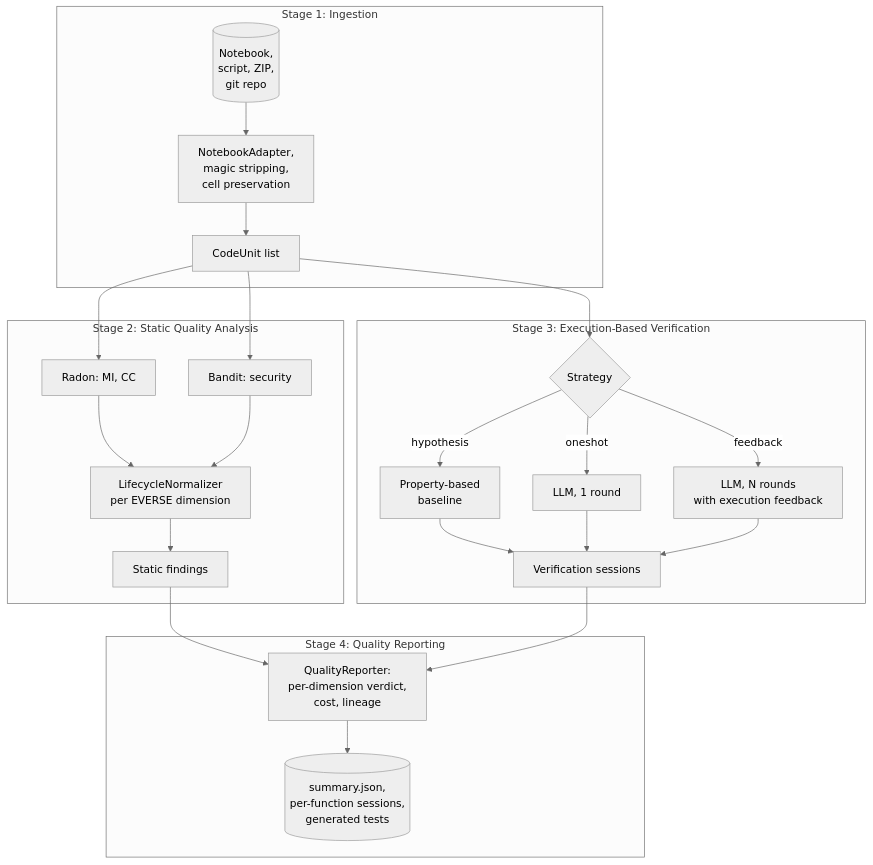
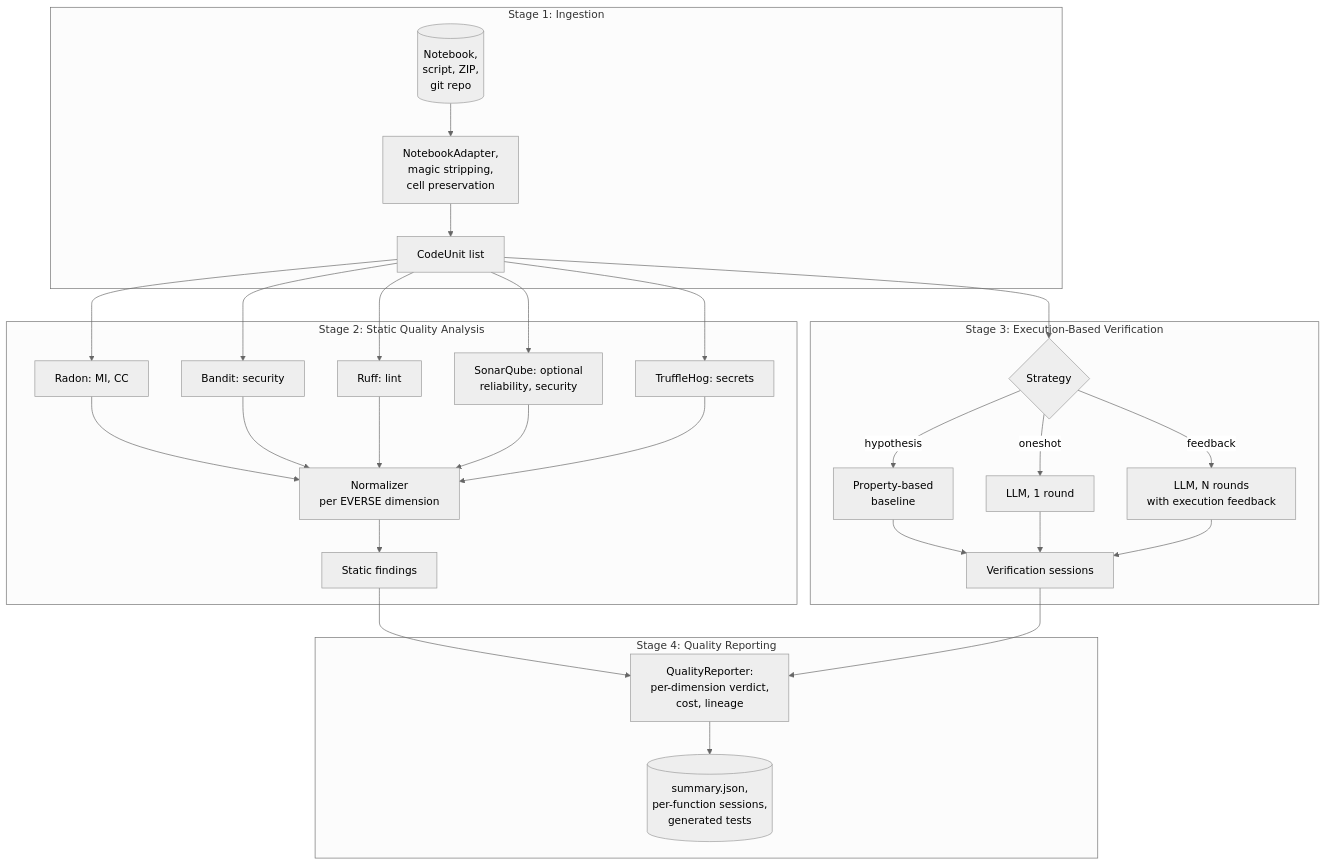
The second of 4 diagrams in README.md (assaban/qallm-uva), drawn with Mermaid (neutral theme) before and after one commit. The commit also changed other lines of this file and 1 other file, not shown here.

````diff
--- a/README.md
+++ b/README.md
@@ -48,31 +48,37 @@
 ```mermaid
 flowchart TD
     subgraph S1["Stage 1: Ingestion"]
         Src[(Notebook,<br/>script, ZIP,<br/>git repo)] --> Parse[NotebookAdapter,<br/>magic stripping,<br/>cell preservation]
         Parse --> Units[CodeUnit list]
     end
 
     subgraph S2["Stage 2: Static Quality Analysis"]
         Units --> Radon[Radon: MI, CC]
         Units --> Bandit[Bandit: security]
-        Radon --> Norm[LifecycleNormalizer<br/>per EVERSE dimension]
+        Units --> Ruff[Ruff: lint]
+        Units --> Sonar[SonarQube: optional<br/>reliability, security]
+        Units --> Truffle[TruffleHog: secrets]
+        Radon --> Norm[Normalizer<br/>per EVERSE dimension]
         Bandit --> Norm
+        Ruff --> Norm
+        Sonar --> Norm
+        Truffle --> Norm
         Norm --> Report1[Static findings]
     end
 
     subgraph S3["Stage 3: Execution-Based Verification"]
         Units --> Strategy{Strategy}
         Strategy -->|hypothesis| Hyp[Property-based<br/>baseline]
         Strategy -->|oneshot| One[LLM, 1 round]
         Strategy -->|feedback| FB[LLM, N rounds<br/>with execution feedback]
         Hyp --> Sessions[Verification sessions]
         One --> Sessions
         FB --> Sessions
     end
 
     subgraph S4["Stage 4: Quality Reporting"]
         Report1 --> Reporter
         Sessions --> Reporter[QualityReporter:<br/>per-dimension verdict,<br/>cost, lineage]
         Reporter --> Out[(summary.json,<br/>per-function sessions,<br/>generated tests)]
     end
 ```
````
